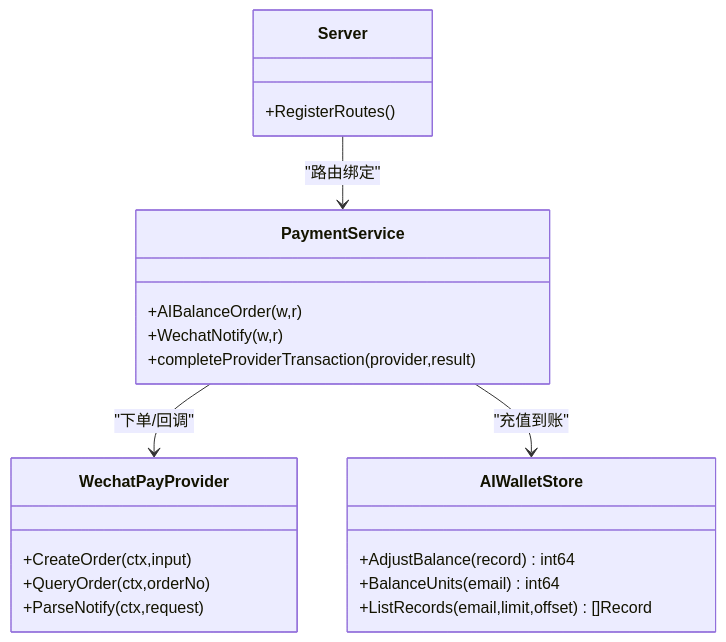
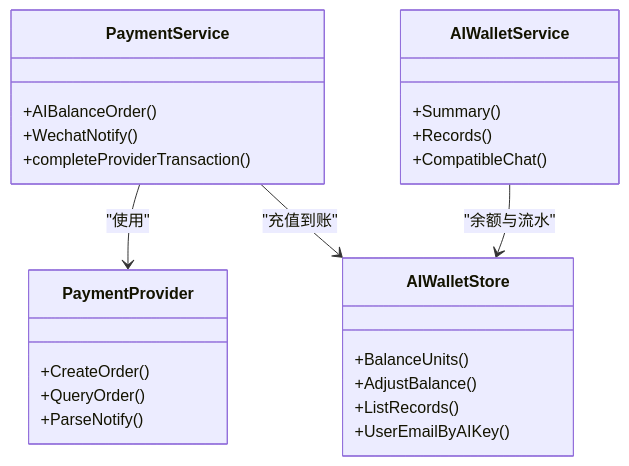
The fourth of 4 diagrams in .qoder/repowiki/zh/content/API接口文档/云端REST API/支付订阅API/AI余额充值接口.md (alvinwangzi/goodhr), drawn with Mermaid before and after one commit. The commit also changed other lines of this file and 149 other files, not shown here.

````diff
--- a/.qoder/repowiki/zh/content/API接口文档/云端REST API/支付订阅API/AI余额充值接口.md
+++ b/.qoder/repowiki/zh/content/API接口文档/云端REST API/支付订阅API/AI余额充值接口.md
@@ -207,24 +210,27 @@
 ```mermaid
 classDiagram
 class PaymentService {
-+AIBalanceOrder(w,r)
-+WechatNotify(w,r)
-+completeProviderTransaction(provider,result)
++AIBalanceOrder()
++WechatNotify()
++completeProviderTransaction()
 }
-class WechatPayProvider {
-+CreateOrder(ctx,input)
-+QueryOrder(ctx,orderNo)
-+ParseNotify(ctx,request)
+class AIWalletService {
++Summary()
++Records()
++CompatibleChat()
+}
+class PaymentProvider {
++CreateOrder()
++QueryOrder()
++ParseNotify()
 }
 class AIWalletStore {
-+AdjustBalance(record) int64
-+BalanceUnits(email) int64
-+ListRecords(email,limit,offset) []Record
++BalanceUnits()
++AdjustBalance()
++ListRecords()
++UserEmailByAIKey()
 }
-class Server {
-+RegisterRoutes()
-}
-Server --> PaymentService : "路由绑定"
-PaymentService --> WechatPayProvider : "下单/回调"
+PaymentService --> PaymentProvider : "使用"
 PaymentService --> AIWalletStore : "充值到账"
+AIWalletService --> AIWalletStore : "余额与流水"
 ```
````
